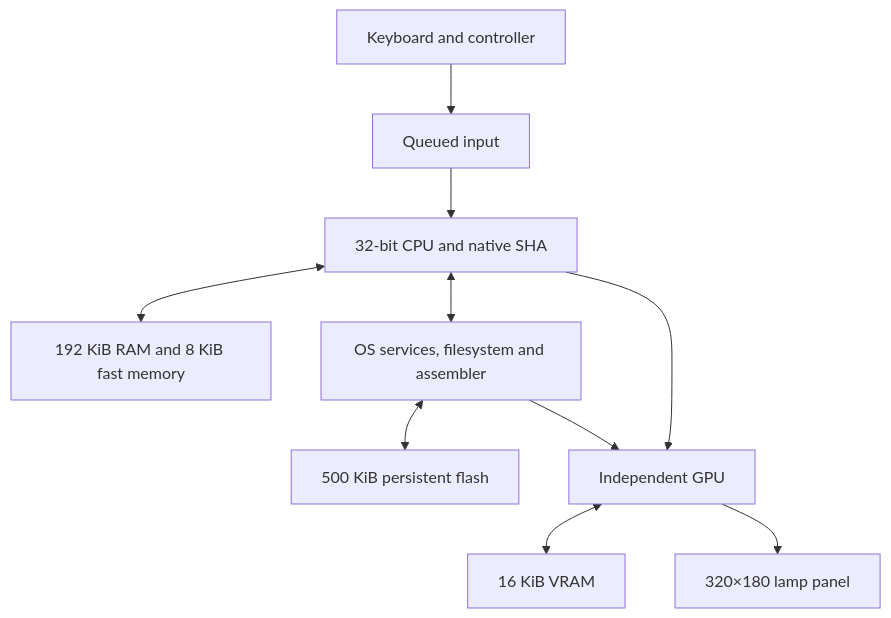
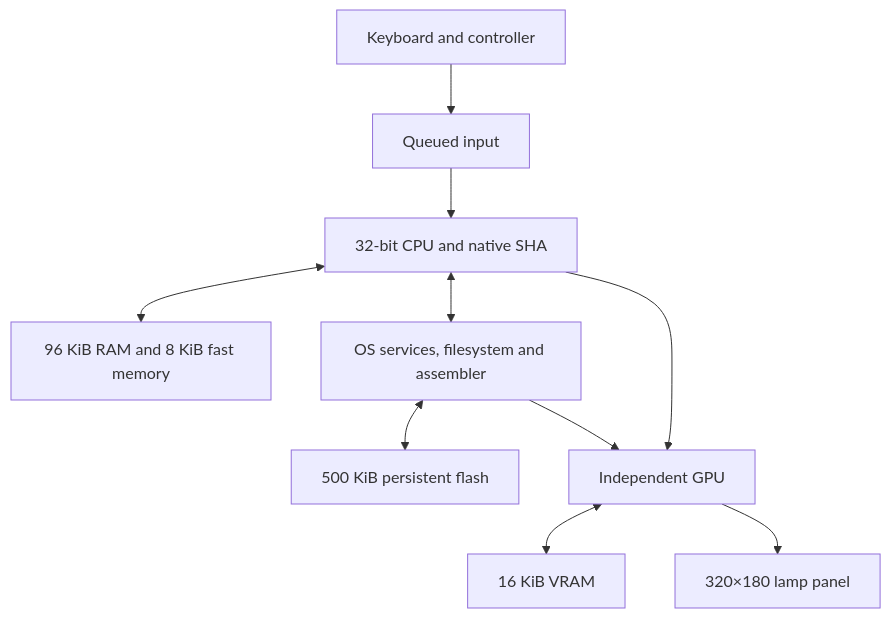
Before and after one commit to Eabusham2/ShamaOS-Redstone-PC: the diagram in docs/ARCHITECTURE.md, drawn with Mermaid. The commit also changed other lines of this file and 81 other files, not shown here.

First line of the commit message:
Halve RAM, share memory stacks, and verify real-controller workflows [full-synth]

````diff
--- a/docs/ARCHITECTURE.md
+++ b/docs/ARCHITECTURE.md
@@ -5,12 +5,12 @@
 ```mermaid
 flowchart TD
     I["Keyboard and controller"] --> E["Queued input"]
     E --> C["32-bit CPU and native SHA"]
-    C <--> R["192 KiB RAM and 8 KiB fast memory"]
+    C <--> R["96 KiB RAM and 8 KiB fast memory"]
     C <--> O["OS services, filesystem and assembler"]
     O <--> F["500 KiB persistent flash"]
     C --> G["Independent GPU"]
     O --> G
     G <--> V["16 KiB VRAM"]
     G --> D["320×180 lamp panel"]
 ```
````
